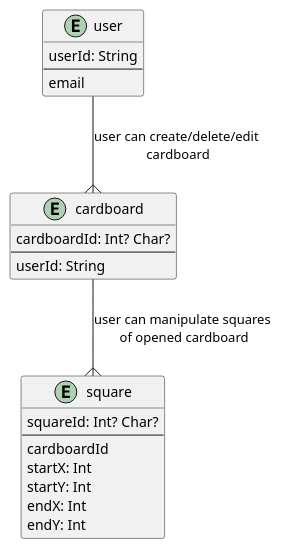
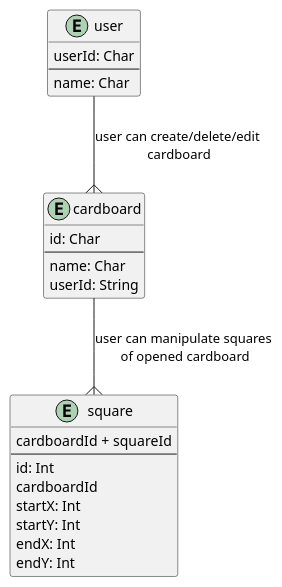
The third of 3 diagrams in src/main/scala/infrastructure/db/dbDiagram.puml (IrinaFaleichik/grille-encoder), drawn with PlantUML before and after one commit.

Commit message:
making db model (uml version)

```diff
--- a/src/main/scala/infrastructure/db/dbDiagram.puml
+++ b/src/main/scala/infrastructure/db/dbDiagram.puml
@@ -22,41 +22,44 @@
 @startuml
 'logical data mode
 
 ' --- Entities ---
 entity "user" as user {
-' unique generated key
-  userId: String
+' unique generated primary key
+  userId: Char
   --
-  email
+  name: Char
 }
 entity "cardboard" as cardboard {
-' unique generated key
-  cardboardId: Int? Char?
+' unique generated primary key
+  id: Char
   --
+  name: Char
 ' foreign key from user
-' delete if user was deleted from db ??
+' delete if user was deleted from db
   userId: String
 }
 entity "square" as square {
-  squareId: Int? Char?
+' composite primary key:
+  cardboardId + squareId
   --
-' foreign key from cardboard
-' delete if cardboard was deleted from db
+  ' square num inside 1 cardboard is limited by screen size
+  id: Int
+  ' foreign key from cardboard
+  ' delete if cardboard was deleted from db
   cardboardId
   startX: Int
   startY: Int
   endX: Int
   endY: Int
-'  or create object Point with x and y params
 }
 
 ' --- relationships ---
 user -down-{ cardboard : \
  "user can create/delete/edit \n\
 cardboard"
 
 cardboard -down-{ square : \
 "user can manipulate squares \n\
 of opened cardboard"
 
 @enduml
```
